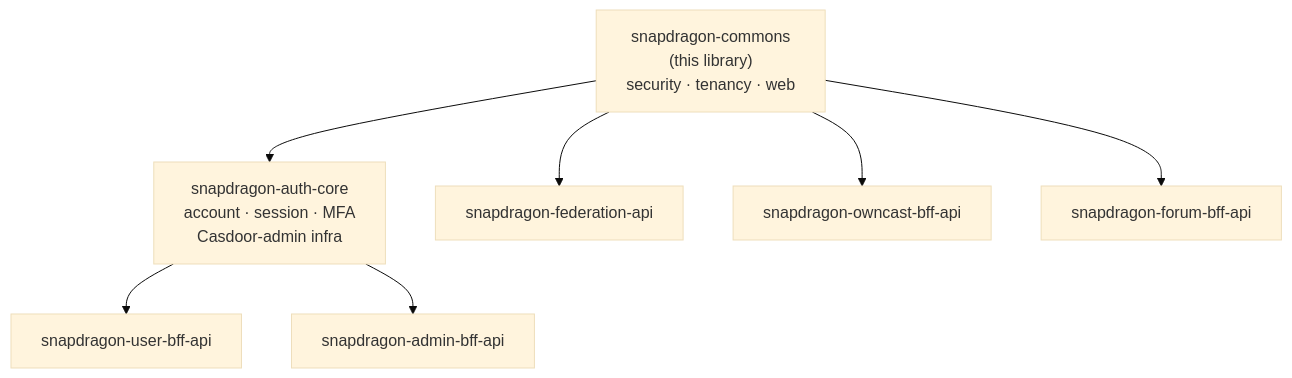
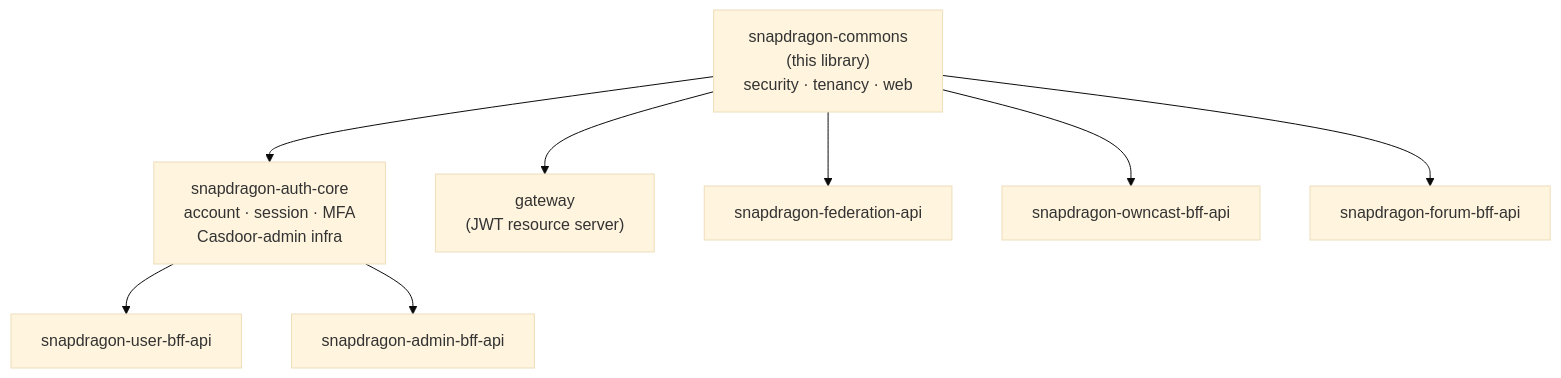
Before and after one commit to hugmesh/hugmesh-commons: the first of 2 diagrams in README.md, drawn with Mermaid (base theme). The commit also changed other lines of this file, not shown here.

````diff
--- a/README.md
+++ b/README.md
@@ -16,17 +19,19 @@
 ```mermaid
 flowchart TB
     commons["snapdragon-commons\n(this library)\nsecurity · tenancy · web"]
     auth_core["snapdragon-auth-core\naccount · session · MFA\nCasdoor-admin infra"]
+    gateway["gateway\n(JWT resource server)"]
     federation["snapdragon-federation-api"]
     user_bff["snapdragon-user-bff-api"]
     admin_bff["snapdragon-admin-bff-api"]
     owncast_bff["snapdragon-owncast-bff-api"]
     forum_bff["snapdragon-forum-bff-api"]
 
     commons --> auth_core
+    commons --> gateway
     commons --> federation
     commons --> owncast_bff
     commons --> forum_bff
     auth_core --> user_bff
     auth_core --> admin_bff
 ```
````
